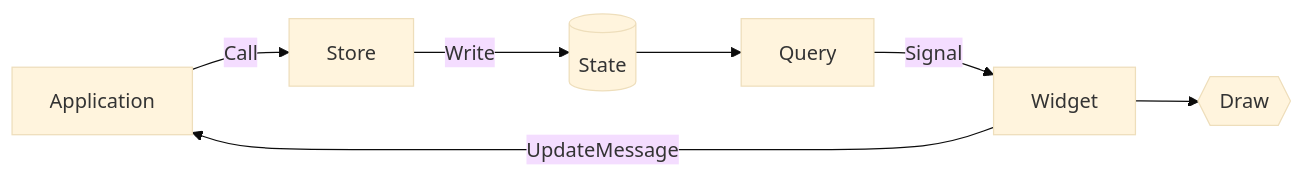
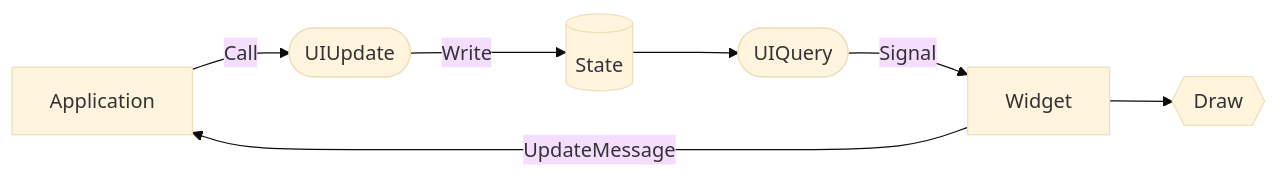
Before and after one commit to iced-rs/rfcs: the first of 2 diagrams in text/0000-shared-widget-state.md, drawn with Mermaid (base theme). The commit also changed other lines of this file, not shown here.

````diff
--- a/text/0000-shared-widget-state.md
+++ b/text/0000-shared-widget-state.md
@@ -42,9 +42,9 @@
 ```mermaid
   graph LR;
-    Application--Call-->Store;
-    Store--Write-->State[(State)];
-    Query--Signal-->Widget
+    Application--Call-->UIUpdate;
+    UIUpdate([UIUpdate])--Write-->State[(State)];
+    UIQuery([UIQuery])--Signal-->Widget
     Widget-->Draw{{Draw}} 
     Widget--UpdateMessage-->Application;
-    State-->Query;
+    State-->UIQuery;
 ```
````
